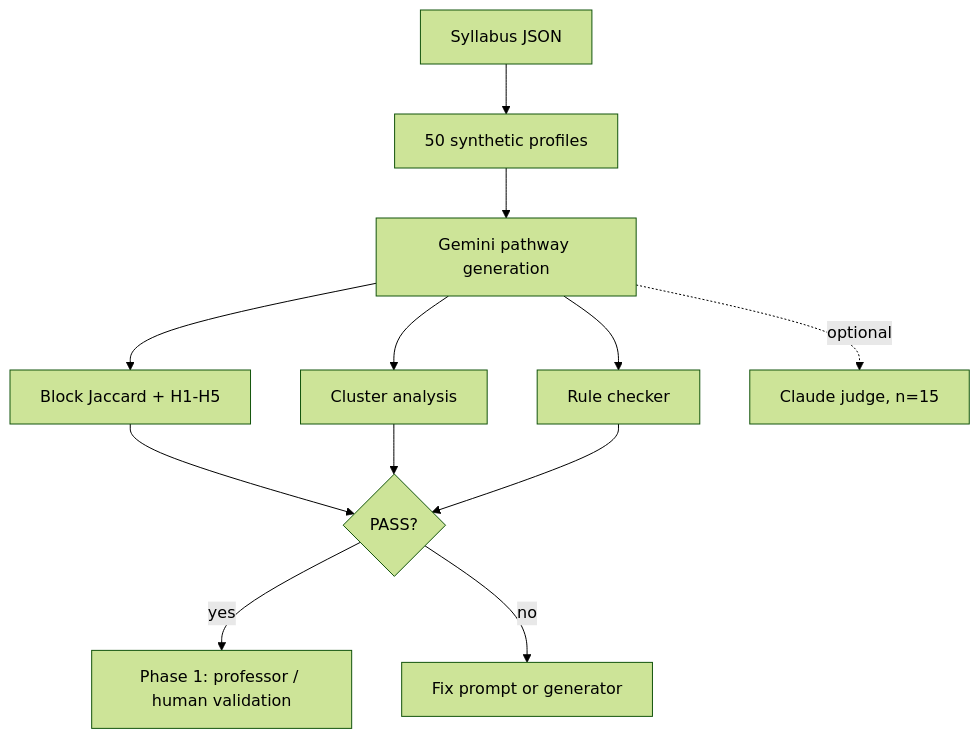
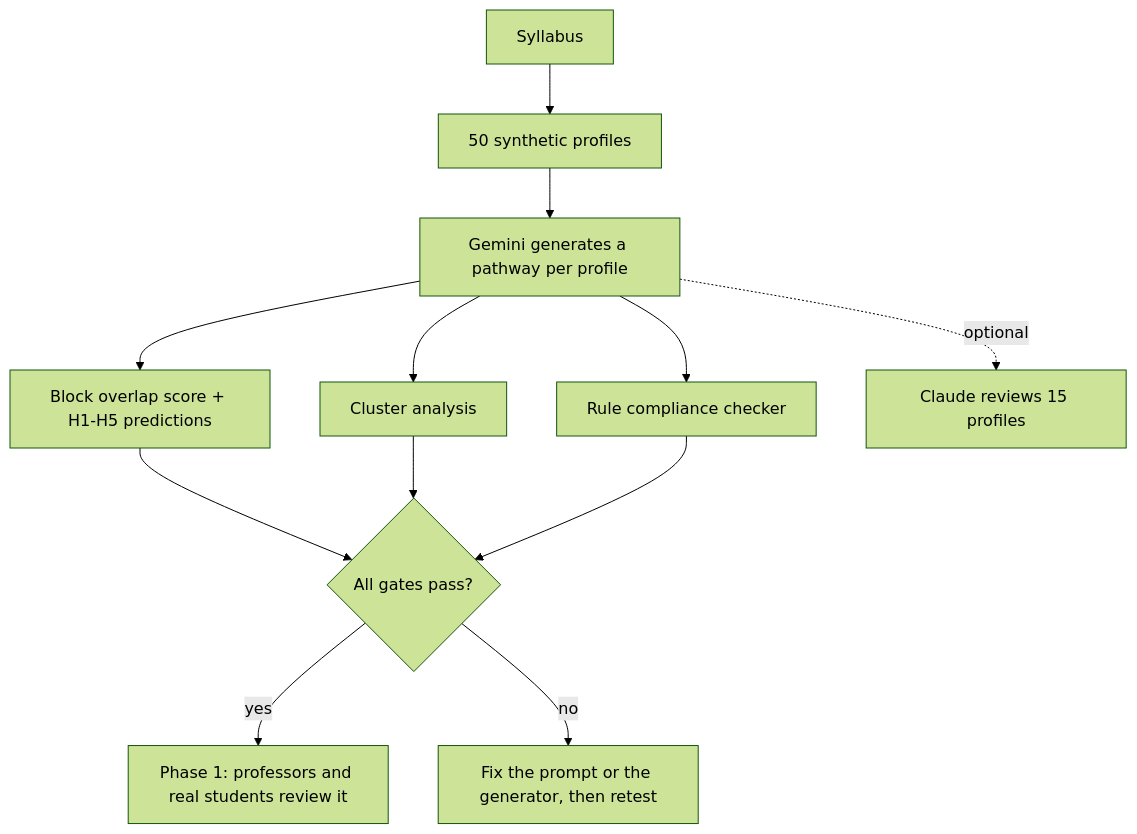
One commit to Danjari/synapsed changed the diagram in study/report.md. Above: the diagram before and after it, drawn with Mermaid (forest theme). The commit also changed other lines of this file and 4 other files, not shown here.

````diff
--- a/study/report.md
+++ b/study/report.md
@@ -399,14 +443,14 @@
 ```mermaid
 flowchart TD
-    A[Syllabus JSON] --> B[50 synthetic profiles]
-    B --> C[Gemini pathway generation]
-    C --> D[Block Jaccard + H1-H5]
+    A[Syllabus] --> B[50 synthetic profiles]
+    B --> C[Gemini generates a pathway per profile]
+    C --> D[Block overlap score + H1-H5 predictions]
     C --> E[Cluster analysis]
-    C --> F[Rule checker]
-    D --> G{PASS?}
+    C --> F[Rule compliance checker]
+    D --> G{All gates pass?}
     E --> G
     F --> G
-    G -->|yes| H[Phase 1: professor / human validation]
-    G -->|no| I[Fix prompt or generator]
-    C -. optional .-> J[Claude judge, n=15]
+    G -->|yes| H[Phase 1: professors and real students review it]
+    G -->|no| I[Fix the prompt or the generator, then retest]
+    C -. optional .-> J[Claude reviews 15 profiles]
 ```
````
